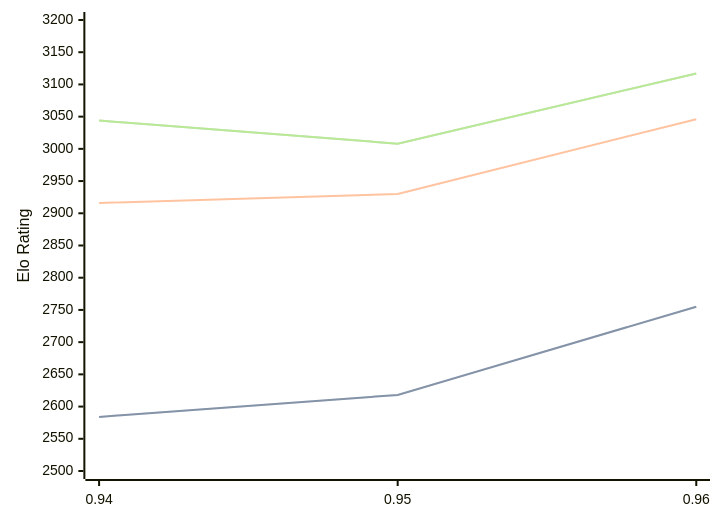
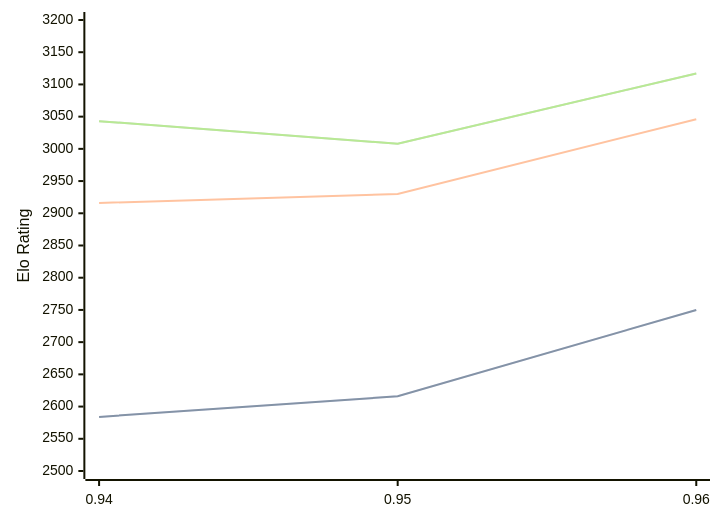
Before and after one commit to computer-chess-index/cci: the third of 3 diagrams in engines/Myrddin.md, drawn with Mermaid. The commit also changed other lines of this file, not shown here.

Commit message:
Update CCI Ratings (ELO VLTC) - 2026-06-19

````diff
--- a/engines/Myrddin.md
+++ b/engines/Myrddin.md
@@ -71,11 +71,11 @@
 ```mermaid
 %%{init: {"theme":"base","themeVariables":{"seriesColors:['#a3a3a3','#222221','#faa371']}}}%%
 xychart-beta
   x-axis ["0.94", "0.95", "0.96"]
   y-axis "Elo Rating" 2500 --> 3200
-  line "STC (8.0+0.08s)" [2584, 2618, 2755]
-  line "STC (8.0+0.08s)" [2584, 2618, 2755]
+  line "STC (8.0+0.08s)" [2584, 2616, 2750]
+  line "STC (8.0+0.08s)" [2584, 2616, 2750]
   line "LTC (60.0+0.60s)" [2916, 2930, 3046]
-  line "VLTC (2m24s+1.12s)" [3044, 3008, 3117]
-  line "VLTC (2m24s+1.12s)" [3044, 3008, 3117]
+  line "VLTC (2m24s+1.12s)" [3043, 3008, 3117]
+  line "VLTC (2m24s+1.12s)" [3043, 3008, 3117]
 ```
````
